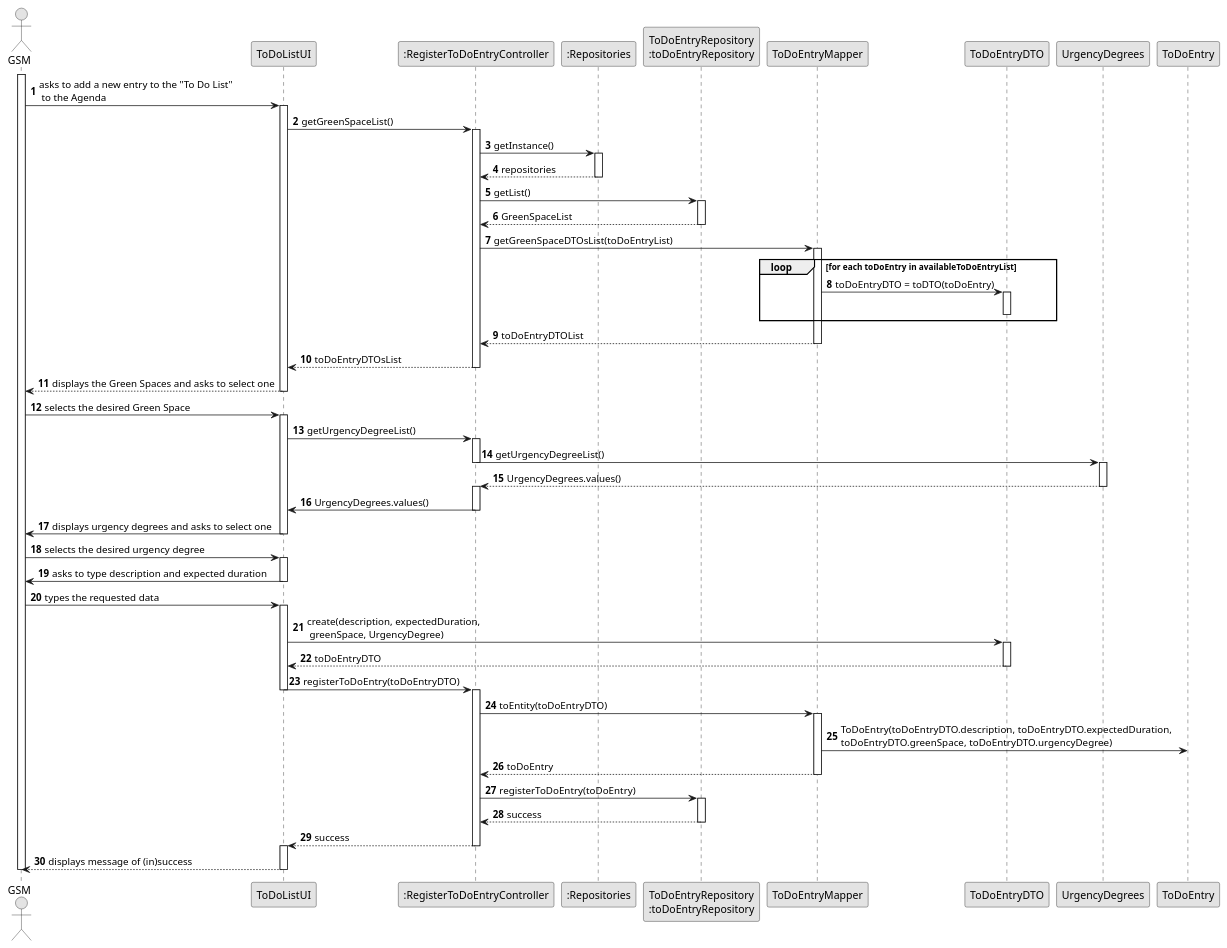
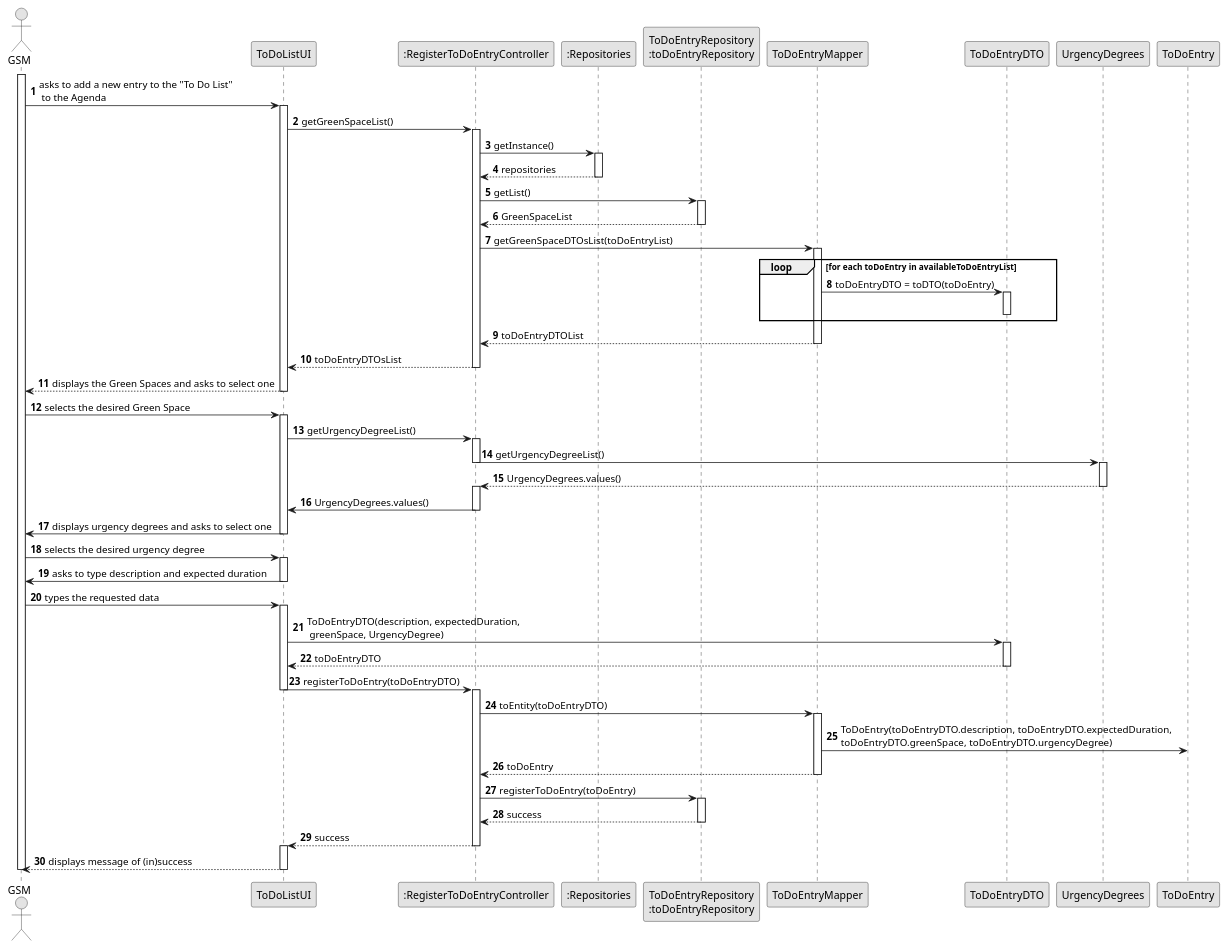
One commit to Departamento-de-Engenharia-Informatica/lei-24-s2-1do-g164 changed the diagram in docs/sprintC/us021/03.design/puml/us021-sequence-diagram-full.puml. Above: the diagram before and after it, drawn with PlantUML. The commit also changed 1 other file, not shown here.

Commit message:
US020(docs): SD Diagram

```diff
--- a/docs/sprintC/us021/03.design/puml/us021-sequence-diagram-full.puml
+++ b/docs/sprintC/us021/03.design/puml/us021-sequence-diagram-full.puml
@@ -1,115 +1,115 @@
 @startuml
 skinparam monochrome true
 skinparam packageStyle rectangle
 skinparam shadowing false
 
 autonumber
 
 actor "GSM" as Employee
 participant "ToDoListUI" as UI
 participant ":RegisterToDoEntryController" as CTRL
 participant ":Repositories" as RepositorySingleton
 participant "ToDoEntryRepository\n:toDoEntryRepository" as TaskRepo
 participant "ToDoEntryMapper"
 participant "ToDoEntryDTO"
 
 activate Employee
 
     Employee -> UI : asks to add a new entry to the "To Do List"\n to the Agenda
 
     activate UI
 
         UI -> CTRL : getGreenSpaceList()
         activate CTRL
 
             CTRL -> RepositorySingleton : getInstance()
             activate RepositorySingleton
 
                 RepositorySingleton --> CTRL: repositories
             deactivate RepositorySingleton
 
             CTRL -> TaskRepo : getList()
             activate TaskRepo
 
                 TaskRepo --> CTRL : GreenSpaceList
             deactivate TaskRepo
 
             CTRL -> "ToDoEntryMapper" : getGreenSpaceDTOsList(toDoEntryList)
             activate "ToDoEntryMapper"
 
             loop for each toDoEntry in availableToDoEntryList
                 ToDoEntryMapper -> ToDoEntryDTO: toDoEntryDTO = toDTO(toDoEntry)
                 activate ToDoEntryDTO
                 deactivate ToDoEntryDTO
 
 
             end
 
             ToDoEntryMapper --> CTRL: toDoEntryDTOList
             deactivate ToDoEntryMapper
 
             CTRL --> UI : toDoEntryDTOsList
         deactivate CTRL
 
         UI --> Employee : displays the Green Spaces and asks to select one
     deactivate UI
 
     Employee -> UI : selects the desired Green Space
     activate UI
 
     UI -> CTRL : getUrgencyDegreeList()
             activate CTRL
 
     CTRL -> UrgencyDegrees : getUrgencyDegreeList()
     deactivate CTRL
     activate UrgencyDegrees
     UrgencyDegrees --> CTRL : UrgencyDegrees.values()
 deactivate UrgencyDegrees
 activate CTRL
 CTRL -> UI : UrgencyDegrees.values()
 deactivate CTRL
         UI -> Employee : displays urgency degrees and asks to select one
     deactivate UI
 
     Employee -> UI : selects the desired urgency degree
     activate UI
     UI -> Employee: asks to type description and expected duration
     deactivate UI
     Employee -> UI : types the requested data
     activate UI
 
-        UI -> "ToDoEntryDTO" : create(description, expectedDuration,\n greenSpace, UrgencyDegree)
+        UI -> "ToDoEntryDTO" : ToDoEntryDTO(description, expectedDuration,\n greenSpace, UrgencyDegree)
         activate ToDoEntryDTO
         UI <-- "ToDoEntryDTO" : toDoEntryDTO
 deactivate "ToDoEntryDTO"
 
         UI -> CTRL : registerToDoEntry(toDoEntryDTO)
         deactivate UI
         activate CTRL
 
 
             CTRL -> "ToDoEntryMapper" : toEntity(toDoEntryDTO)
             activate "ToDoEntryMapper"
 
 
                 "ToDoEntryMapper" -> ToDoEntry : ToDoEntry(toDoEntryDTO.description, toDoEntryDTO.expectedDuration, \ntoDoEntryDTO.greenSpace, toDoEntryDTO.urgencyDegree)
                 "ToDoEntryMapper" --> CTRL : toDoEntry
             deactivate "ToDoEntryMapper"
 
             CTRL -> TaskRepo : registerToDoEntry(toDoEntry)
             activate TaskRepo
 
                 TaskRepo --> CTRL : success
 
             deactivate TaskRepo
 
             CTRL --> UI : success
         deactivate CTRL
         activate UI
 
         UI --> Employee : displays message of (in)success
     deactivate UI
 
 deactivate Employee
 
 @enduml
```
